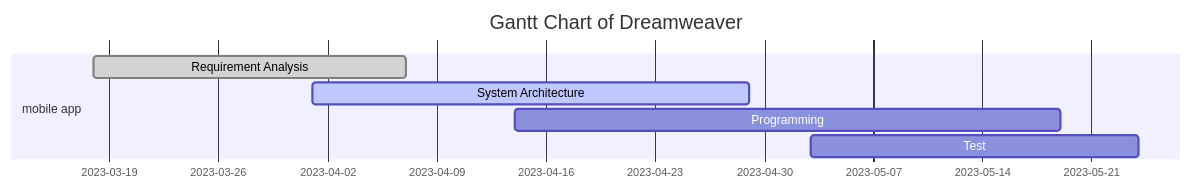
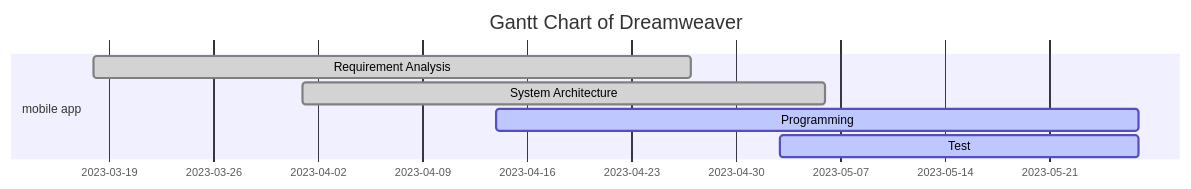
The diagram in README.md (DreamweaverDSD/DSD), drawn with Mermaid before and after one commit.

````diff
--- a/README.md
+++ b/README.md
@@ -66,10 +66,10 @@
 ```mermaid
 gantt
 title Gantt Chart of Dreamweaver
 dateFormat YY-MM-DD
 section mobile app
-Requirement Analysis  :done, requirement analysis, 23-03-18, 23-04-07
-System Architecture   :active, system architecture, 23-04-01, 28d
-Programming           :programming, 23-04-14, 35d
-Test                  :test, 23-05-03, 21d
+Requirement Analysis  :done, requirement analysis, 23-03-18, 23-04-27
+System Architecture   :done, system architecture, 23-04-01, 35d
+Programming           :active, programming, 23-04-14, 43d
+Test                  :active, test, 23-05-03, 24d
 ```
````
